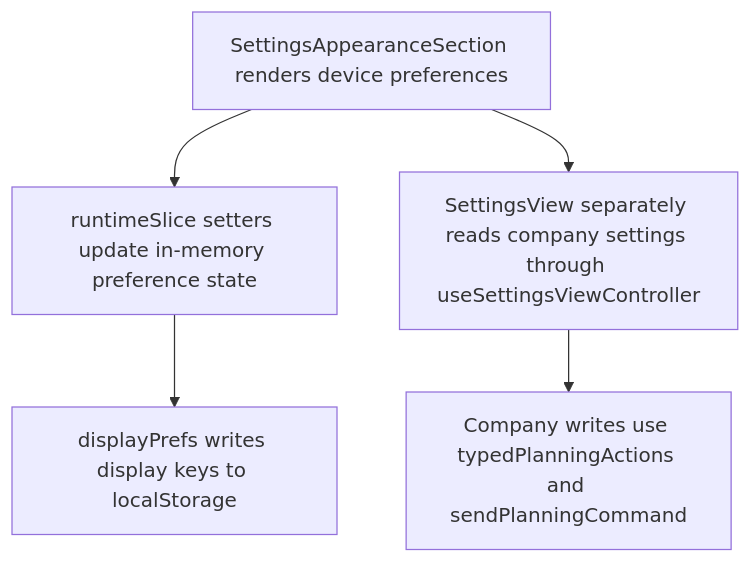
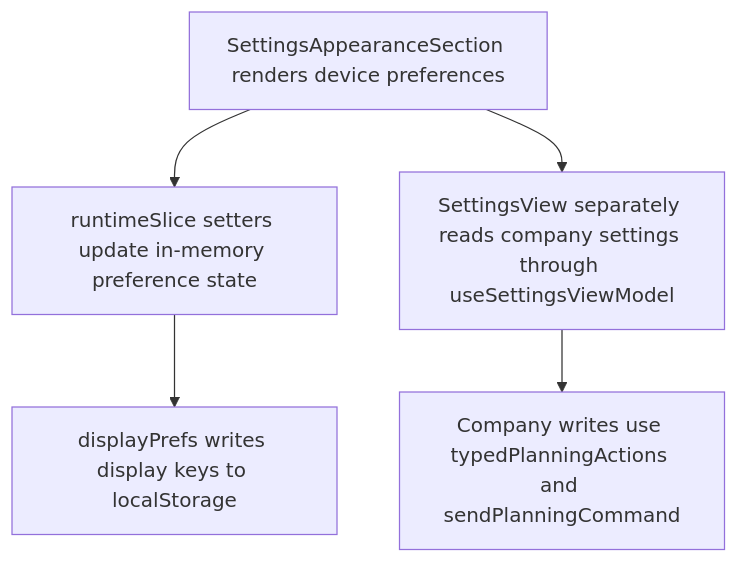
Before and after one commit to Kevinjohn/capacitylens: the second of 2 diagrams in user-stories/settings/US-SET-08-clear-local-storage.md, drawn with Mermaid. The commit also changed other lines of this file and 33 other files, not shown here.

First line of the commit message:
Controller to view model: rename the screen hooks

````diff
--- a/user-stories/settings/US-SET-08-clear-local-storage.md
+++ b/user-stories/settings/US-SET-08-clear-local-storage.md
@@ -26,7 +26,7 @@
 ```mermaid
 flowchart TD
   settings["SettingsAppearanceSection renders device preferences"] --> runtime["runtimeSlice setters update in-memory preference state"]
   runtime --> storage["displayPrefs writes display keys to localStorage"]
-  settings --> account["SettingsView separately reads company settings through useSettingsViewController"]
+  settings --> account["SettingsView separately reads company settings through useSettingsViewModel"]
   account --> company["Company writes use typedPlanningActions and sendPlanningCommand"]
 ```
````
